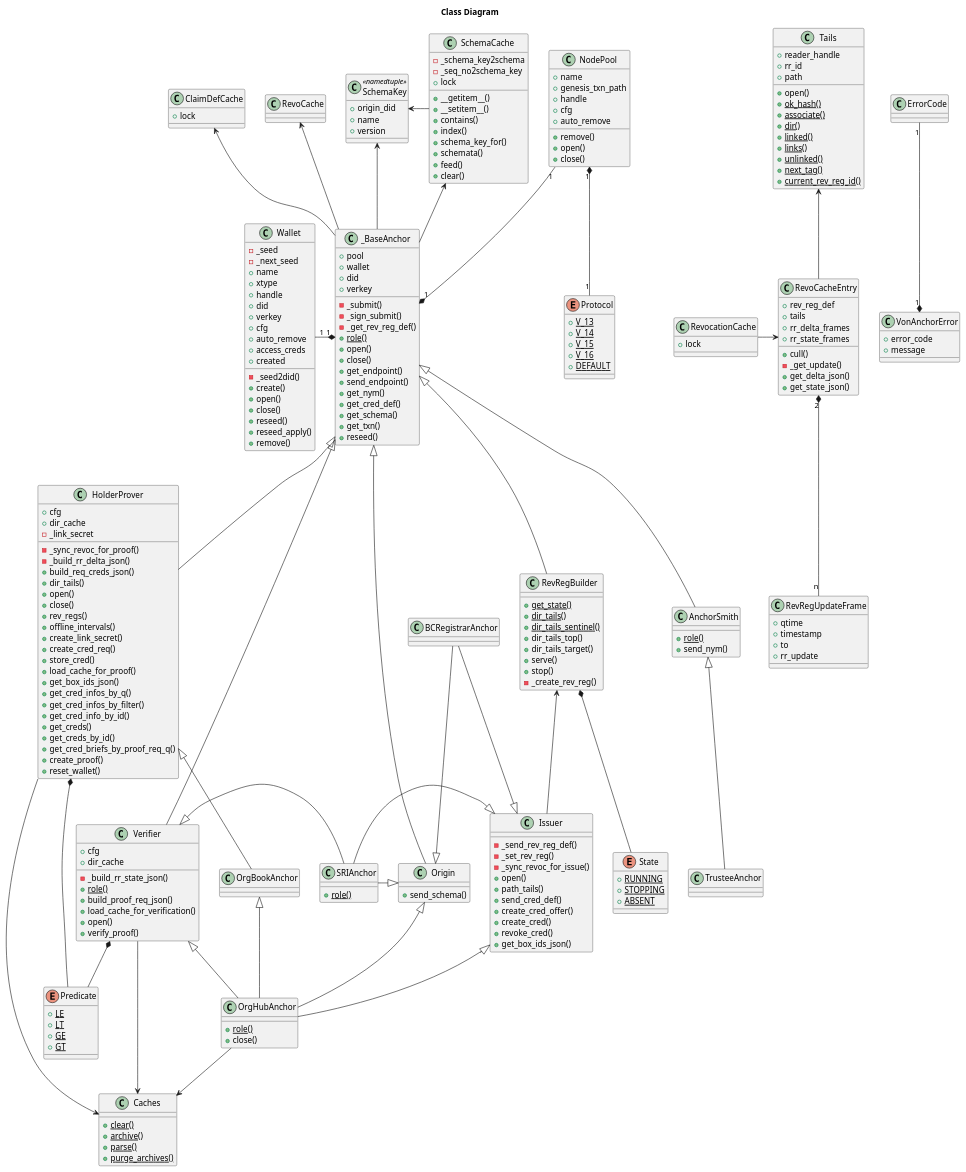
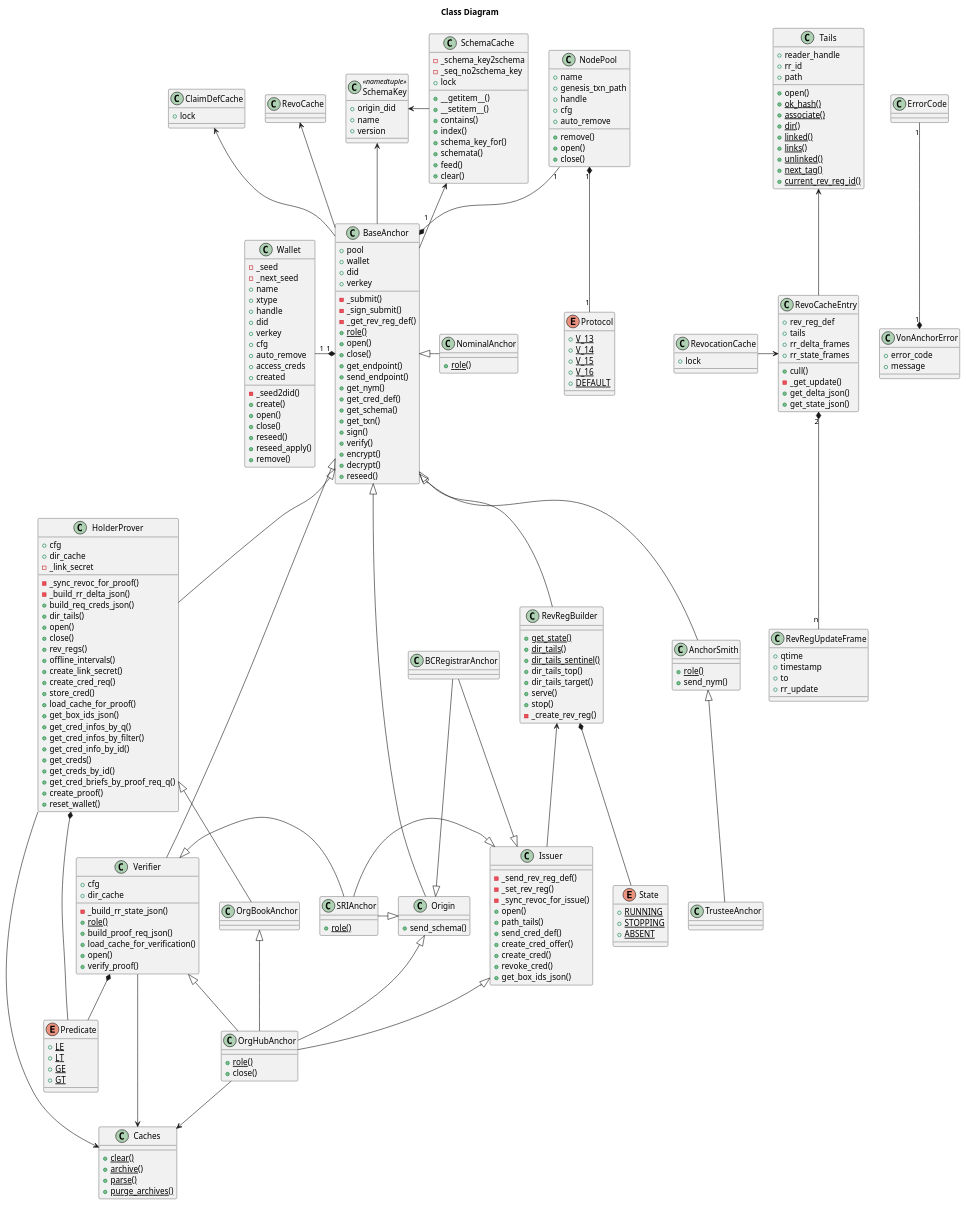
The diagram in docs/source/pic/src/class.puml (PSPC-SPAC-buyandsell/von_anchor), drawn with PlantUML before and after one commit. The commit also changed 11 other files, not shown here.

Commit message:
sign, verify, NominalAnchor

```diff
--- a/docs/source/pic/src/class.puml
+++ b/docs/source/pic/src/class.puml
@@ -141,7 +141,7 @@
 }
 
 
-class _BaseAnchor {
+class BaseAnchor {
     +pool
     +wallet
     +did
@@ -158,6 +158,10 @@
     +get_cred_def()
     +get_schema()
     +get_txn()
+    +sign()
+    +verify()
+    +encrypt()
+    +decrypt()
     +reseed()
 }
 
@@ -241,6 +245,10 @@
 class TrusteeAnchor {
 }
 
+class NominalAnchor {
+    {static} +role()
+}
+
 class SRIAnchor {
     {static} +role()
 }
@@ -258,31 +266,32 @@
 
 VonAnchorError "1" *-up- "1" ErrorCode
 SchemaCache -left-> SchemaKey
-_BaseAnchor -left-> SchemaKey
+BaseAnchor -left-> SchemaKey
 
 NodePool "1" *-- "1" Protocol
 
 RevRegBuilder *-- State
 
 
-_BaseAnchor -up-> SchemaCache
-_BaseAnchor "1" *-left- "1" Wallet
-_BaseAnchor "1" *-up- "1" NodePool
+BaseAnchor -up-> SchemaCache
+BaseAnchor "1" *-left- "1" Wallet
+BaseAnchor "1" *-up- "1" NodePool
 
 RevoCacheEntry -up-> Tails
 RevoCacheEntry "2" *-down- "n" RevRegUpdateFrame
 RevocationCache -> RevoCacheEntry
 
-_BaseAnchor -up-> RevoCache
+BaseAnchor -up-> RevoCache
 
-_BaseAnchor -up-> ClaimDefCache
-_BaseAnchor <|-down- AnchorSmith
-_BaseAnchor <|-down- Origin
-_BaseAnchor <|-down- HolderProver
-_BaseAnchor <|-down- Verifier
+BaseAnchor -up-> ClaimDefCache
+BaseAnchor <|-down- AnchorSmith
+BaseAnchor <|-down- Origin
+BaseAnchor <|-down- HolderProver
+BaseAnchor <|-down- Verifier
+BaseAnchor <|-right- NominalAnchor
 
 AnchorSmith <|-down- TrusteeAnchor
-_BaseAnchor <|-down- RevRegBuilder
+BaseAnchor <|-down- RevRegBuilder
 RevRegBuilder <-- Issuer
 
 Origin <|-left- SRIAnchor
```
